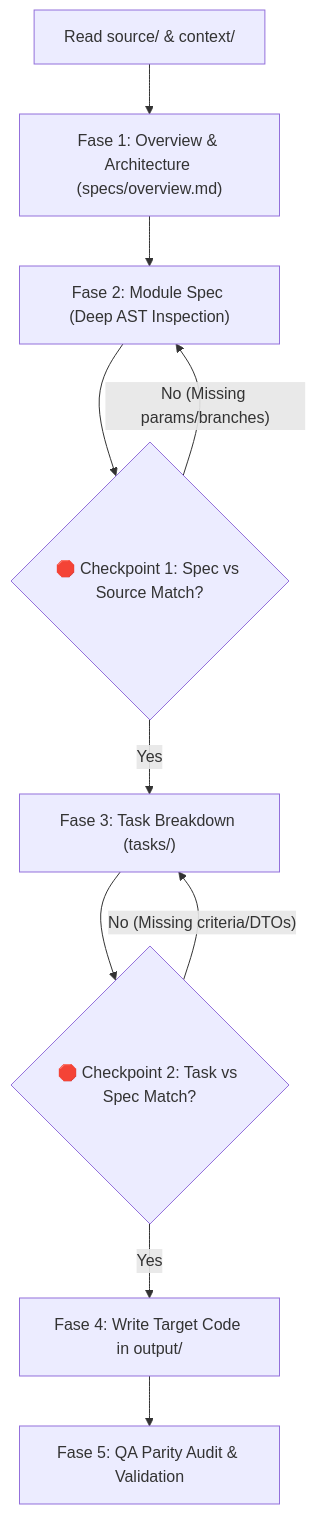
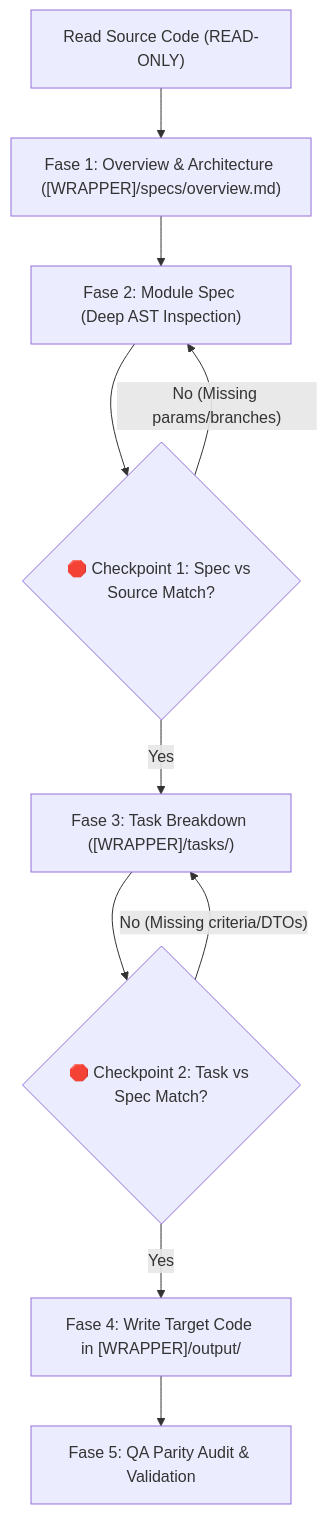
One commit to hanifalkauni/alih-spec changed the second of 2 diagrams in .agents/skills/alih-spec/SKILL.md. Above: the diagram before and after it, drawn with Mermaid. The commit also changed other lines of this file, not shown here.

Commit message:
feat(skills): add adaptive workspace detection and capsule wrapper strategy

````diff
--- a/.agents/skills/alih-spec/SKILL.md
+++ b/.agents/skills/alih-spec/SKILL.md
@@ -65,12 +104,12 @@
 ```mermaid
 flowchart TD
-    S["Read source/ & context/"] --> P1["Fase 1: Overview & Architecture (specs/overview.md)"]
+    S["Read Source Code (READ-ONLY)"] --> P1["Fase 1: Overview & Architecture ([WRAPPER]/specs/overview.md)"]
     P1 --> P2["Fase 2: Module Spec (Deep AST Inspection)"]
     P2 --> CP1{"🛑 Checkpoint 1: Spec vs Source Match?"}
     CP1 -- No (Missing params/branches) --> P2
-    CP1 -- Yes --> P3["Fase 3: Task Breakdown (tasks/)"]
+    CP1 -- Yes --> P3["Fase 3: Task Breakdown ([WRAPPER]/tasks/)"]
     P3 --> CP2{"🛑 Checkpoint 2: Task vs Spec Match?"}
     CP2 -- No (Missing criteria/DTOs) --> P3
-    CP2 -- Yes --> P4["Fase 4: Write Target Code in output/"]
+    CP2 -- Yes --> P4["Fase 4: Write Target Code in [WRAPPER]/output/"]
     P4 --> P5["Fase 5: QA Parity Audit & Validation"]
 ```
````
